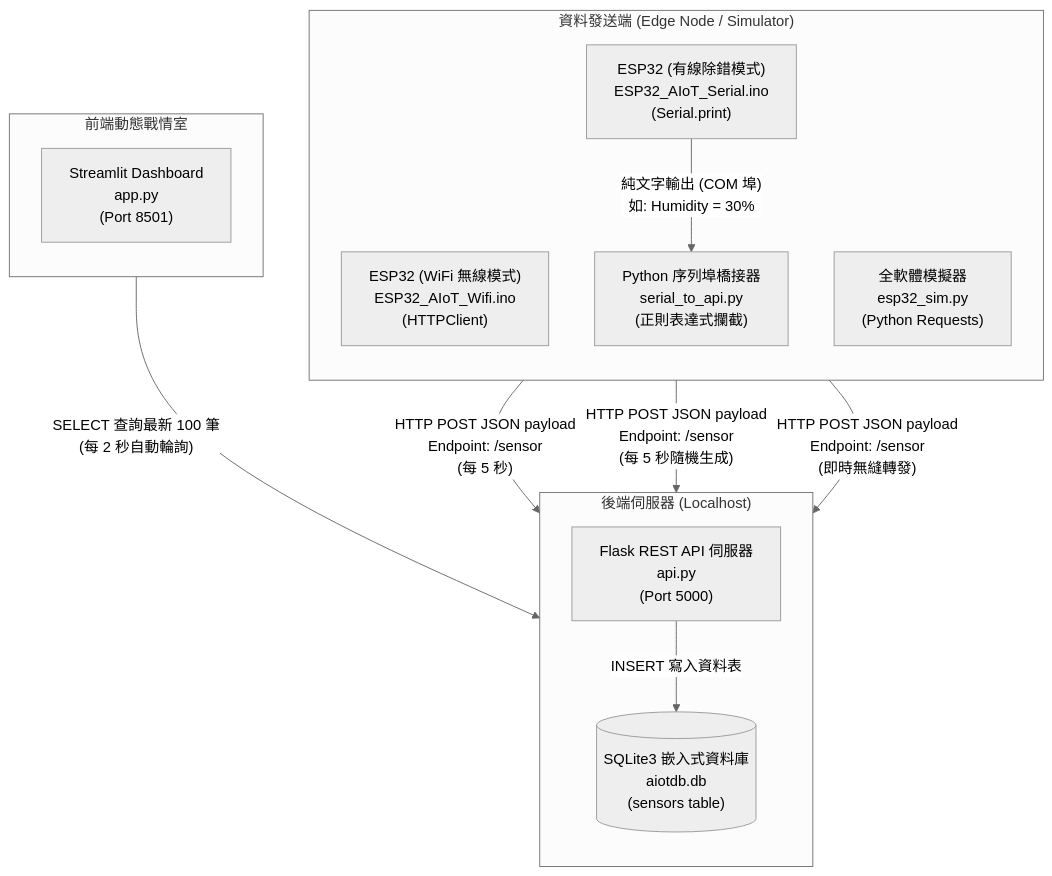
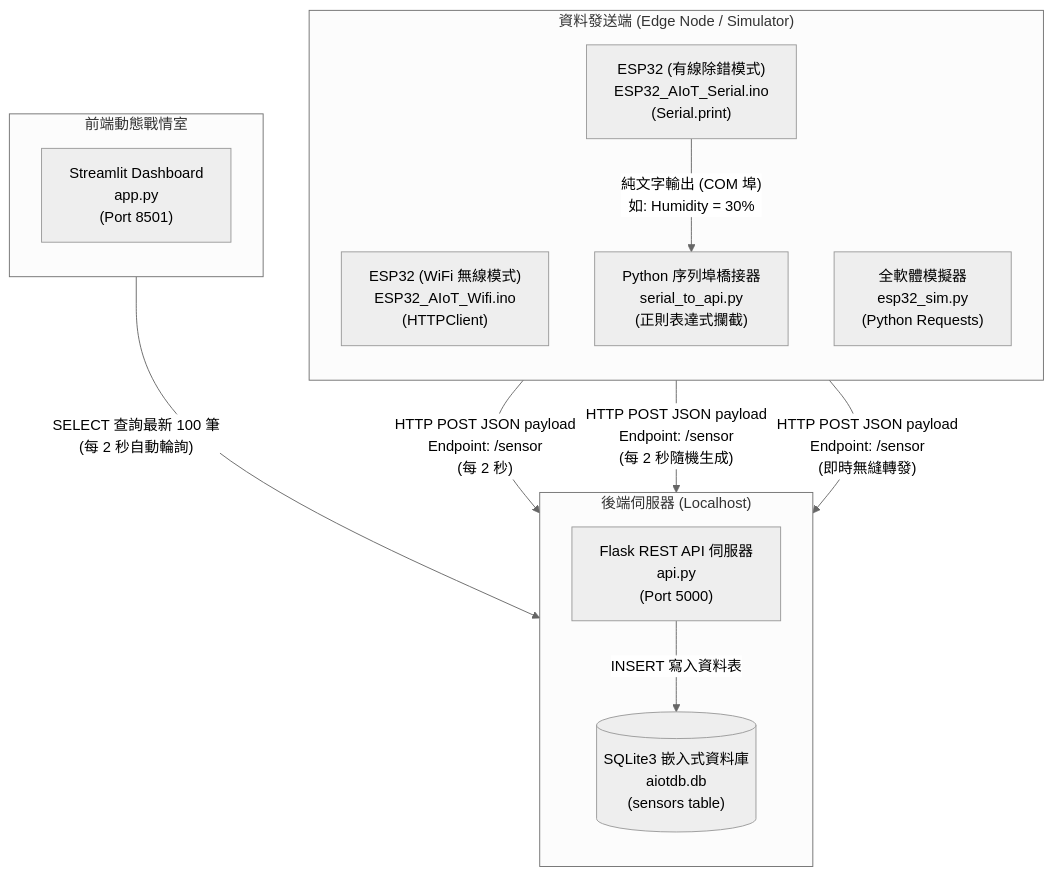
Before and after one commit to Williecraft/AIoT-HW1-DHT11: the diagram in AIoT_Project_Report.md, drawn with Mermaid (neutral theme). The commit also changed other lines of this file and 5 other files, not shown here.

````diff
--- a/AIoT_Project_Report.md
+++ b/AIoT_Project_Report.md
@@ -35,33 +35,33 @@
 ```mermaid
 flowchart TD
     %% Hardware & Simulators
     subgraph Senders ["資料發送端 (Edge Node / Simulator)"]
         direction TB
         A1["ESP32 (WiFi 無線模式)\nESP32_AIoT_Wifi.ino\n(HTTPClient)"]
         A2["ESP32 (有線除錯模式)\nESP32_AIoT_Serial.ino\n(Serial.print)"]
         A3["全軟體模擬器\nesp32_sim.py\n(Python Requests)"]
         Bridge["Python 序列埠橋接器\nserial_to_api.py\n(正則表達式攔截)"]
     end
 
     %% Backend
     subgraph Backend ["後端伺服器 (Localhost)"]
         direction TB
         B["Flask REST API 伺服器\napi.py\n(Port 5000)"]
         C[("SQLite3 嵌入式資料庫\naiotdb.db\n(sensors table)")]
     end
 
     %% Frontend
     subgraph Frontend ["前端動態戰情室"]
         direction TB
         D["Streamlit Dashboard\napp.py\n(Port 8501)"]
     end
 
     %% Routing
-    A1 -- "HTTP POST JSON payload\nEndpoint: /sensor\n(每 5 秒)" --> B
-    A3 -- "HTTP POST JSON payload\nEndpoint: /sensor\n(每 5 秒隨機生成)" --> B
+    A1 -- "HTTP POST JSON payload\nEndpoint: /sensor\n(每 2 秒)" --> B
+    A3 -- "HTTP POST JSON payload\nEndpoint: /sensor\n(每 2 秒隨機生成)" --> B
     A2 -- "純文字輸出 (COM 埠)\n如: Humidity = 30%" --> Bridge
     Bridge -- "HTTP POST JSON payload\nEndpoint: /sensor\n(即時無縫轉發)" --> B
 
     B -- "INSERT 寫入資料表" --> C
     D -- "SELECT 查詢最新 100 筆\n(每 2 秒自動輪詢)" --> C
 ```
````
